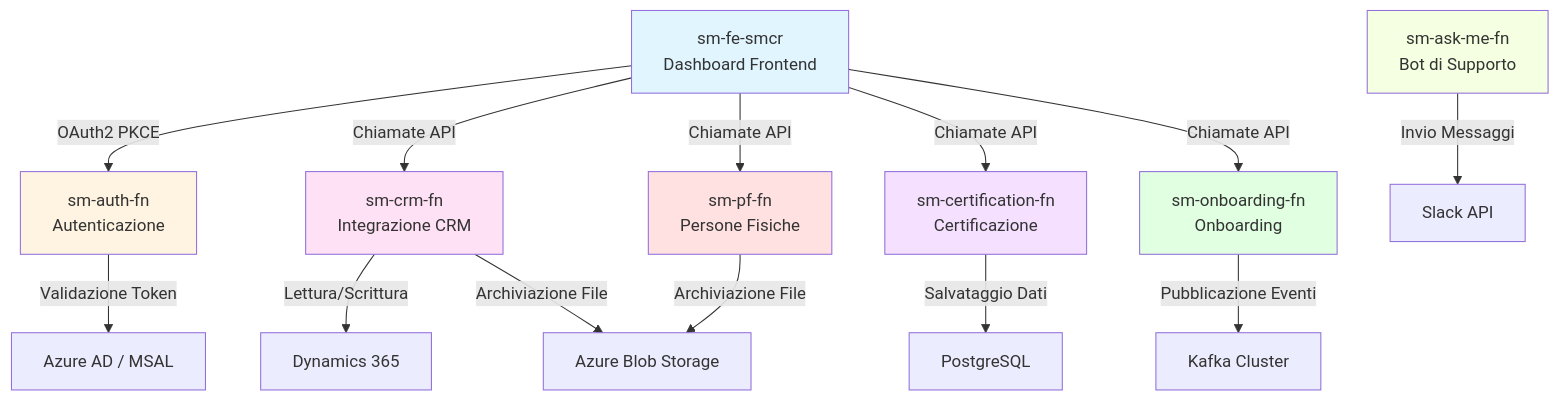
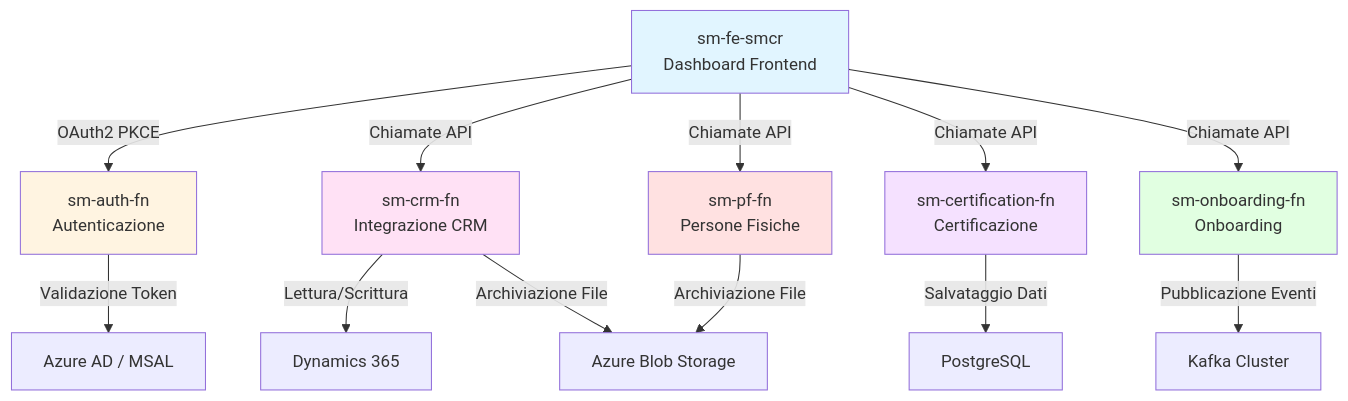
The diagram in docs/monorepo/overview.md (pagopa/plsm-service-management), drawn with Mermaid before and after one commit. The commit also changed other lines of this file and 4 other files, not shown here.

````diff
--- a/docs/monorepo/overview.md
+++ b/docs/monorepo/overview.md
@@ -211,40 +208,36 @@
 ```mermaid
 graph TD
     FE[sm-fe-smcr<br/>Dashboard Frontend]
 
     AUTH[sm-auth-fn<br/>Autenticazione]
     CRM[sm-crm-fn<br/>Integrazione CRM]
     CERT[sm-certification-fn<br/>Certificazione]
     ONBOARD[sm-onboarding-fn<br/>Onboarding]
     PF[sm-pf-fn<br/>Persone Fisiche]
-    ASK[sm-ask-me-fn<br/>Bot di Supporto]
 
     EXT_MSAL[Azure AD / MSAL]
     EXT_D365[Dynamics 365]
     EXT_KAFKA[Kafka Cluster]
     EXT_PG[PostgreSQL]
     EXT_BLOB[Azure Blob Storage]
-    EXT_SLACK[Slack API]
 
     FE -->|OAuth2 PKCE| AUTH
     FE -->|Chiamate API| CRM
     FE -->|Chiamate API| CERT
     FE -->|Chiamate API| ONBOARD
     FE -->|Chiamate API| PF
 
     AUTH -->|Validazione Token| EXT_MSAL
     CRM -->|Lettura/Scrittura| EXT_D365
     CRM -->|Archiviazione File| EXT_BLOB
     CERT -->|Salvataggio Dati| EXT_PG
     ONBOARD -->|Pubblicazione Eventi| EXT_KAFKA
     PF -->|Archiviazione File| EXT_BLOB
-    ASK -->|Invio Messaggi| EXT_SLACK
 
     style FE fill:#e1f5ff
     style AUTH fill:#fff4e1
     style CRM fill:#ffe1f5
     style CERT fill:#f5e1ff
     style ONBOARD fill:#e1ffe1
     style PF fill:#ffe1e1
-    style ASK fill:#f5ffe1
 ```
````
